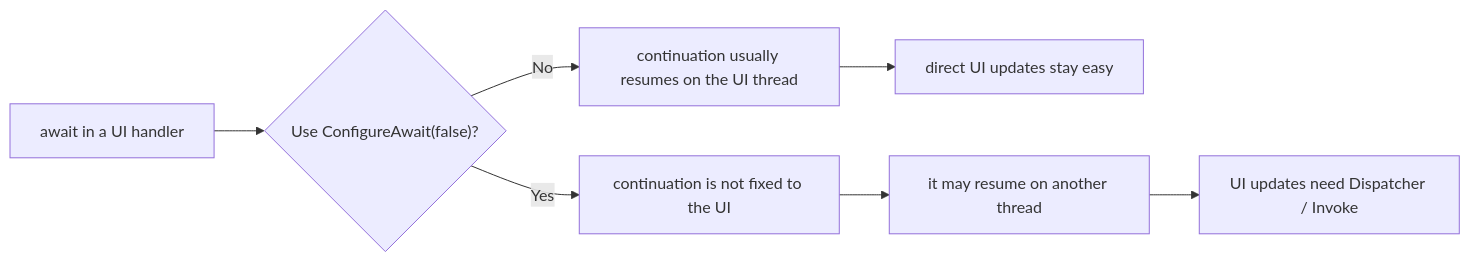
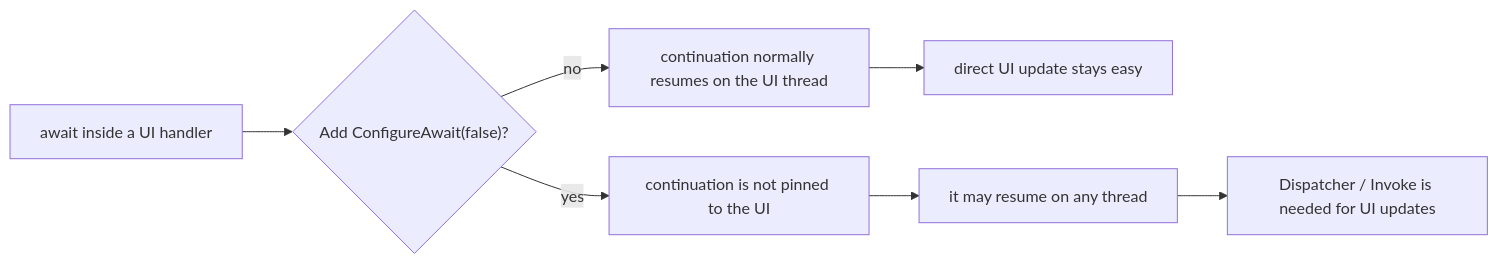
The sixth of 8 diagrams in _posts/2026-03-12-000-wpf-winforms-ui-thread-async-await-one-sheet-en.md (gomurin0428/KomuraSoftWeb), drawn with Mermaid before and after one commit. The commit also changed other lines of this file and 3 other files, not shown here.

````diff
--- a/_posts/2026-03-12-000-wpf-winforms-ui-thread-async-await-one-sheet-en.md
+++ b/_posts/2026-03-12-000-wpf-winforms-ui-thread-async-await-one-sheet-en.md
@@ -405,10 +415,10 @@
 ```mermaid
 flowchart LR
-    A["await in a UI handler"] --> B{"Use ConfigureAwait(false)?"}
-    B -- "No" --> C["continuation usually resumes on the UI thread"]
-    C --> D["direct UI updates stay easy"]
+    A["await inside a UI handler"] --> B{"Add ConfigureAwait(false)?"}
+    B -- no --> C["continuation normally resumes on the UI thread"]
+    C --> D["direct UI update stays easy"]
 
-    B -- "Yes" --> E["continuation is not fixed to the UI"]
-    E --> F["it may resume on another thread"]
-    F --> G["UI updates need Dispatcher / Invoke"]
+    B -- yes --> E["continuation is not pinned to the UI"]
+    E --> F["it may resume on any thread"]
+    F --> G["Dispatcher / Invoke is needed for UI updates"]
 ```
````
